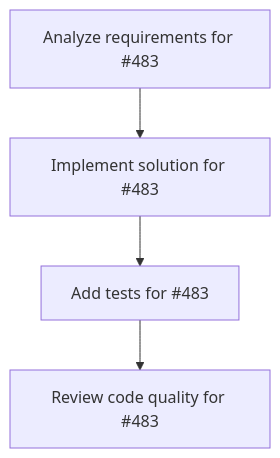
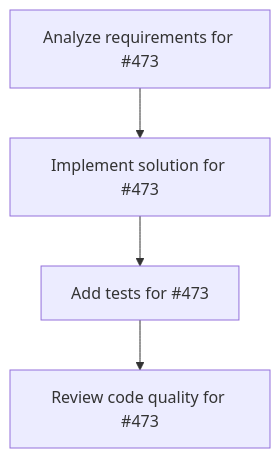
One commit to ShunsukeHayashi/miyabi-code changed the diagram in Plans.md. Above: the diagram before and after it, drawn with Mermaid. The commit also changed other lines of this file and 264 other files, not shown here.

First line of the commit message:
feat(web): implement React Flow workflow editor (Phase 2.1)

````diff
--- a/Plans.md
+++ b/Plans.md
@@ -116,10 +123,10 @@
 ```mermaid
 graph TD
-    task_483_analysis["Analyze requirements for #483"]
-    task_483_impl["Implement solution for #483"]
-    task_483_test["Add tests for #483"]
-    task_483_review["Review code quality for #483"]
-    task_483_analysis --> task_483_impl
-    task_483_impl --> task_483_test
-    task_483_test --> task_483_review
+    task_473_analysis["Analyze requirements for #473"]
+    task_473_impl["Implement solution for #473"]
+    task_473_test["Add tests for #473"]
+    task_473_review["Review code quality for #473"]
+    task_473_analysis --> task_473_impl
+    task_473_impl --> task_473_test
+    task_473_test --> task_473_review
 ```
````
